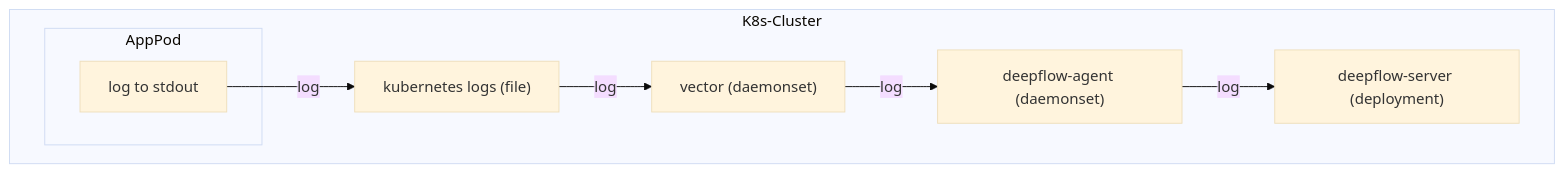
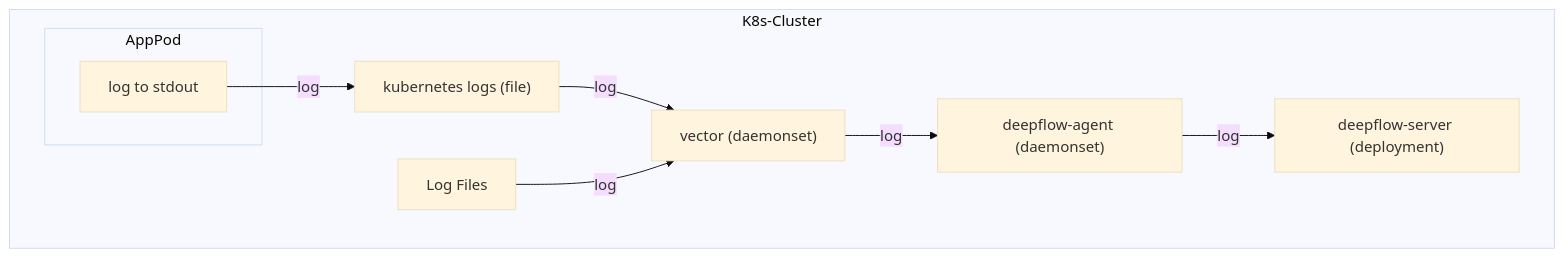
One commit to deepflowio/docs changed the diagram in docs/zh/07-integration/02-input/04-log/02-vector.md. Above: the diagram before and after it, drawn with Mermaid (base theme). The commit also changed other lines of this file, not shown here.

Commit message:
add vector file source

````diff
--- a/docs/zh/07-integration/02-input/04-log/02-vector.md
+++ b/docs/zh/07-integration/02-input/04-log/02-vector.md
@@ -8,19 +8,21 @@
 ```mermaid
 flowchart TD
 
 subgraph K8s-Cluster
   subgraph AppPod
     Stdout["log to stdout"]
   end
   
+  LogFile["Log Files"]
   K8sLog["kubernetes logs (file)"]
   Vector["vector (daemonset)"]
   DeepFlowAgent["deepflow-agent (daemonset)"]
   DeepFlowServer["deepflow-server (deployment)"]
 
   Stdout -->|log| K8sLog
   K8sLog -->|log| Vector
+  LogFile -->|log| Vector
   Vector -->|log| DeepFlowAgent
   DeepFlowAgent -->|log| DeepFlowServer
 end
 ```
````
